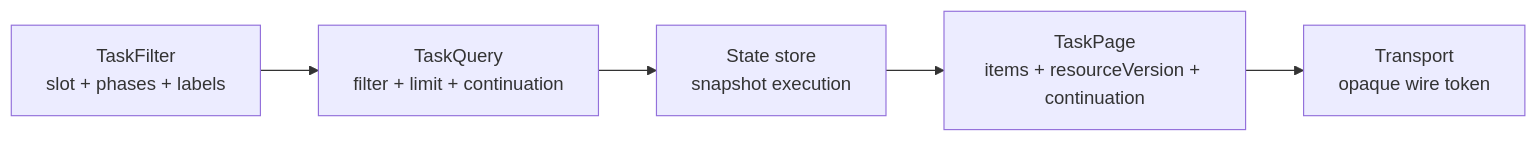
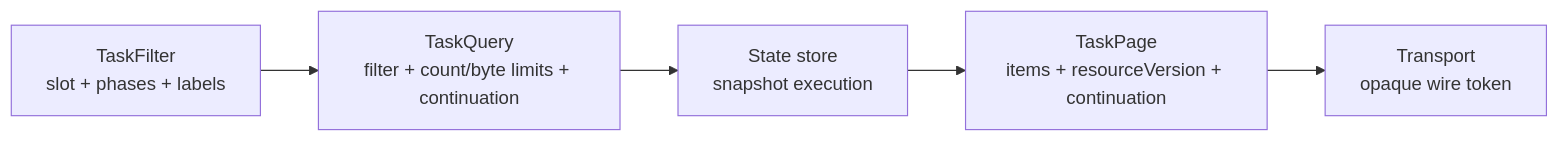
The eighth of 9 diagrams in crates/solti-model/ARCHITECTURE.md (soltiHQ/sdk), drawn with Mermaid before and after one commit. The commit also changed other lines of this file and 222 other files, not shown here.

````diff
--- a/crates/solti-model/ARCHITECTURE.md
+++ b/crates/solti-model/ARCHITECTURE.md
@@ -316,14 +344,14 @@
 ```mermaid
 %%{init: {"flowchart": {"curve": "linear"}}}%%
 flowchart LR
     Filter["TaskFilter<br/>slot + phases + labels"]
-    Query["TaskQuery<br/>filter + limit + continuation"]
+    Query["TaskQuery<br/>filter + count/byte limits + continuation"]
     Store["State store<br/>snapshot execution"]
     Page["TaskPage<br/>items + resourceVersion + continuation"]
     Transport["Transport<br/>opaque wire token"]
 
     Filter --> Query
     Query --> Store
     Store --> Page
     Page --> Transport
 ```
````
